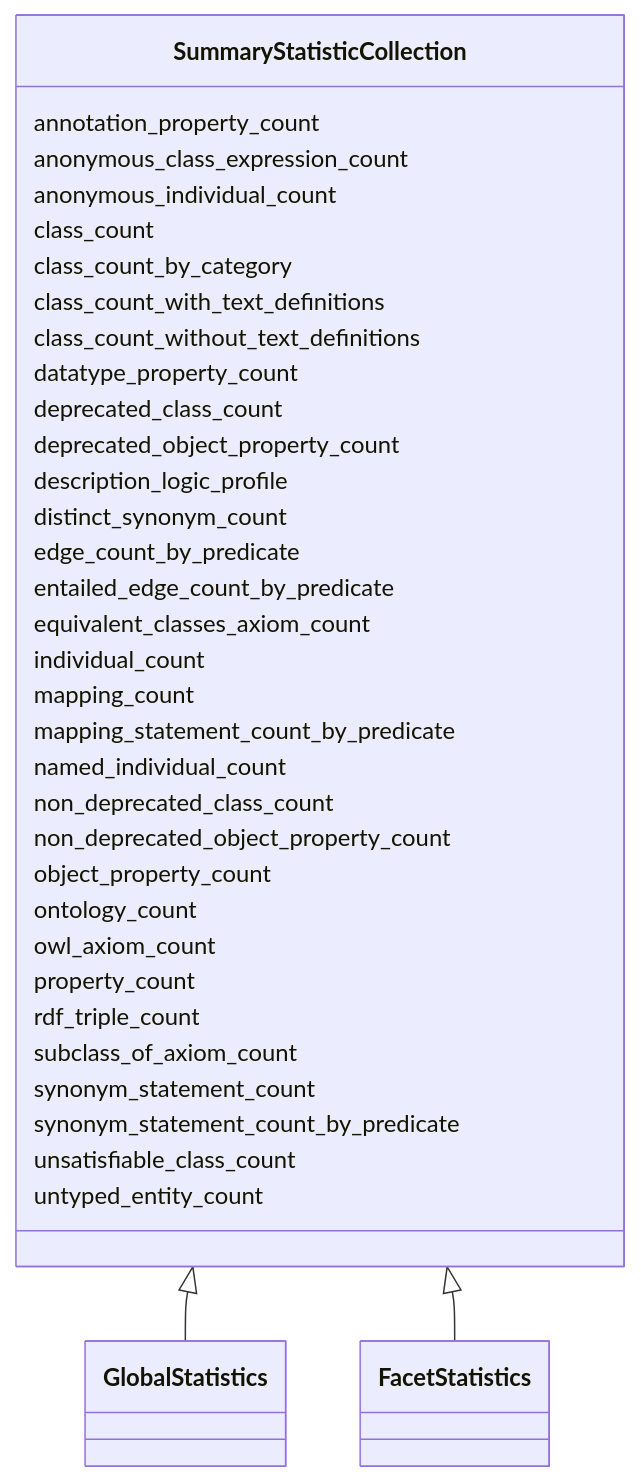
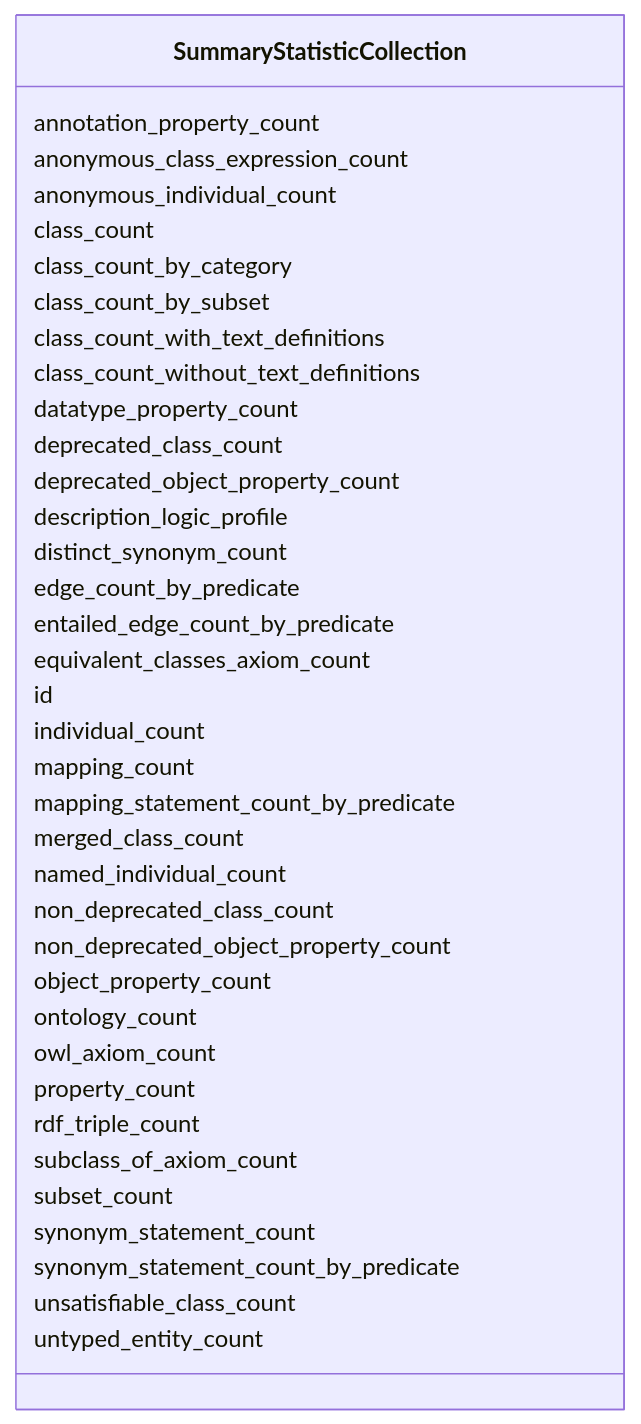
The diagram in summary-statistics/SummaryStatisticCollection.md (INCATools/ontology-access-kit), drawn with Mermaid before and after one commit. The commit also changed other lines of this file and 231 other files, not shown here.

````diff
--- a/summary-statistics/SummaryStatisticCollection.md
+++ b/summary-statistics/SummaryStatisticCollection.md
@@ -10,39 +10,40 @@
 ```{mermaid}
  classDiagram
     class SummaryStatisticCollection
-      SummaryStatisticCollection <|-- GlobalStatistics
-      SummaryStatisticCollection <|-- FacetStatistics
-      
       SummaryStatisticCollection : annotation_property_count
       SummaryStatisticCollection : anonymous_class_expression_count
       SummaryStatisticCollection : anonymous_individual_count
       SummaryStatisticCollection : class_count
       SummaryStatisticCollection : class_count_by_category
+      SummaryStatisticCollection : class_count_by_subset
       SummaryStatisticCollection : class_count_with_text_definitions
       SummaryStatisticCollection : class_count_without_text_definitions
       SummaryStatisticCollection : datatype_property_count
       SummaryStatisticCollection : deprecated_class_count
       SummaryStatisticCollection : deprecated_object_property_count
       SummaryStatisticCollection : description_logic_profile
       SummaryStatisticCollection : distinct_synonym_count
       SummaryStatisticCollection : edge_count_by_predicate
       SummaryStatisticCollection : entailed_edge_count_by_predicate
       SummaryStatisticCollection : equivalent_classes_axiom_count
+      SummaryStatisticCollection : id
       SummaryStatisticCollection : individual_count
       SummaryStatisticCollection : mapping_count
       SummaryStatisticCollection : mapping_statement_count_by_predicate
+      SummaryStatisticCollection : merged_class_count
       SummaryStatisticCollection : named_individual_count
       SummaryStatisticCollection : non_deprecated_class_count
       SummaryStatisticCollection : non_deprecated_object_property_count
       SummaryStatisticCollection : object_property_count
       SummaryStatisticCollection : ontology_count
       SummaryStatisticCollection : owl_axiom_count
       SummaryStatisticCollection : property_count
       SummaryStatisticCollection : rdf_triple_count
       SummaryStatisticCollection : subclass_of_axiom_count
+      SummaryStatisticCollection : subset_count
       SummaryStatisticCollection : synonym_statement_count
       SummaryStatisticCollection : synonym_statement_count_by_predicate
       SummaryStatisticCollection : unsatisfiable_class_count
       SummaryStatisticCollection : untyped_entity_count
       
 ```
````
